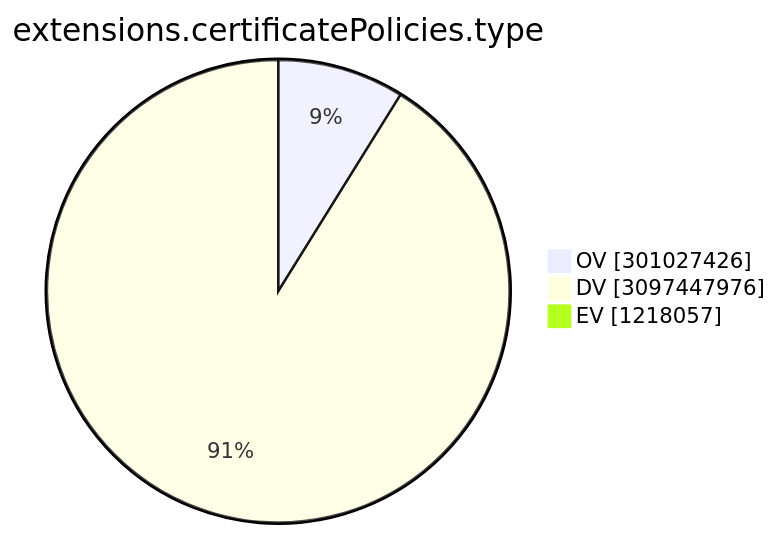
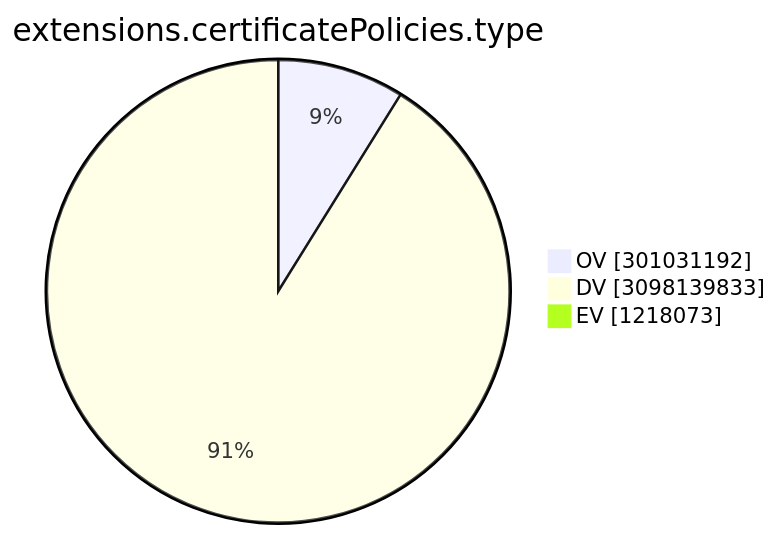
Before and after one commit to christiankrug/ctmonitor_visualization: the ninth of 15 diagrams in TOTAL/README.md, drawn with Mermaid. The commit also changed other lines of this file, not shown here.

````diff
--- a/TOTAL/README.md
+++ b/TOTAL/README.md
@@ -3103,7 +3103,7 @@
 ```mermaid
 pie showData
 title extensions.certificatePolicies.type
-"OV" :301027426
-"DV" :3097447976
-"EV" :1218057
+"OV" :301031192
+"DV" :3098139833
+"EV" :1218073
 ```
````
